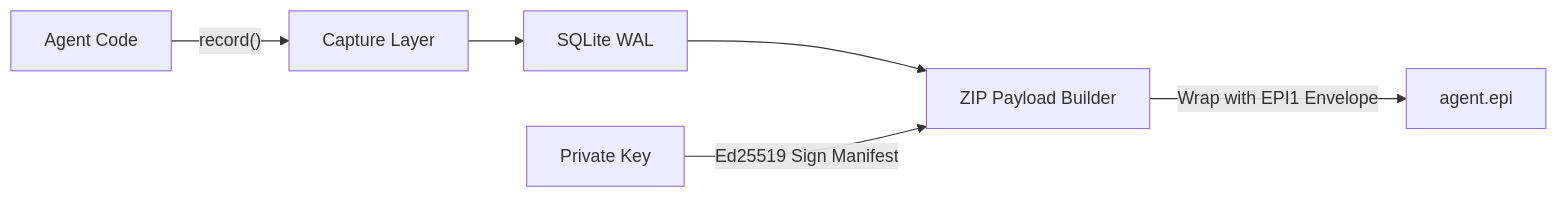
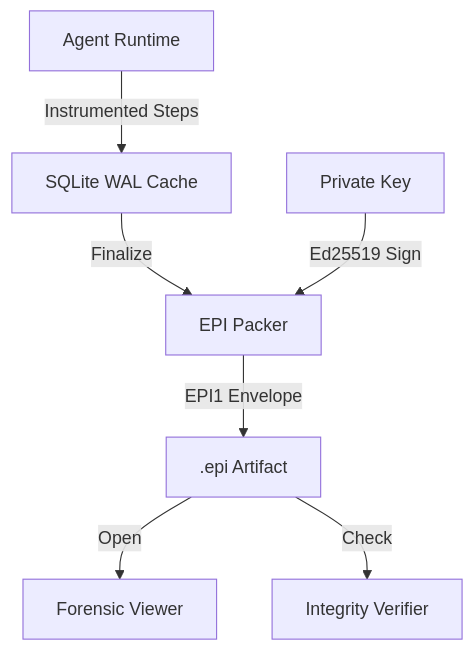
Before and after one commit to mohdibrahimaiml/EPI-RECORDER: the diagram in README.md, drawn with Mermaid. The commit also changed other lines of this file, not shown here.

````diff
--- a/README.md
+++ b/README.md
@@ -76,8 +94,9 @@
 ```mermaid
-flowchart LR
-    A["Agent Code"] -->|"record()"| B["Capture Layer"]
-    B --> C["SQLite WAL"]
-    C --> D["ZIP Payload Builder"]
-    E["Private Key"] -->|"Ed25519 Sign Manifest"| D
-    D -->|"Wrap with EPI1 Envelope"| G["agent.epi"]
+graph TD
+    A[Agent Runtime] -->|Instrumented Steps| B[SQLite WAL Cache]
+    B -->|Finalize| C[EPI Packer]
+    D[Private Key] -->|Ed25519 Sign| C
+    C -->|EPI1 Envelope| E[.epi Artifact]
+    E -->|Open| F[Forensic Viewer]
+    E -->|Check| G[Integrity Verifier]
 ```
````
